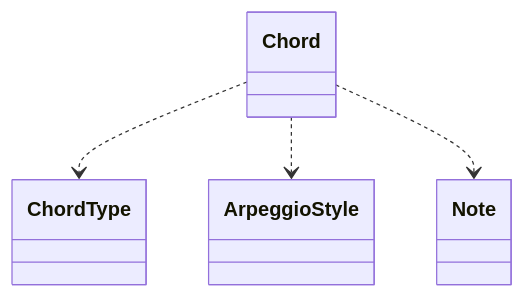
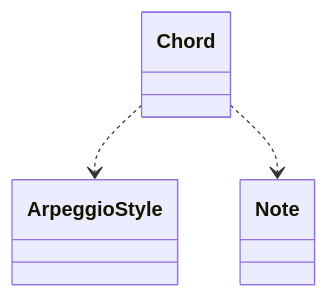
One commit to schnock-art/project_inspector changed diagram 20 of 39 in test/test.md. Above: the diagram before and after it, drawn with Mermaid. The commit also changed other lines of this file and 3 other files, not shown here.

````diff
--- a/test/test.md
+++ b/test/test.md
@@ -437,6 +425,5 @@
 ```mermaid
 classDiagram
-Chord ..> ChordType
 Chord ..> ArpeggioStyle
 Chord ..> Note
 ```
````
